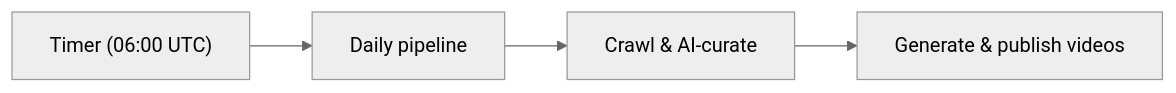
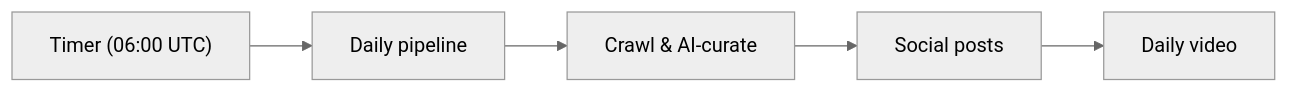
Before and after one commit to Steinklo/dev-news: the diagram in README.md, drawn with Mermaid (neutral theme). The commit also changed other lines of this file and 68 other files, not shown here.

First line of the commit message:
Add social post pipeline, daily video, and pipeline quality improvements (#4)

````diff
--- a/README.md
+++ b/README.md
@@ -13,6 +13,7 @@
 ```mermaid
 flowchart LR
     Timer["Timer (06:00 UTC)"] --> DP[Daily pipeline]
     DP --> Crawl[Crawl & AI-curate]
-    Crawl --> Video[Generate & publish videos]
+    Crawl --> Social[Social posts]
+    Social --> Video[Daily video]
 ```
````
